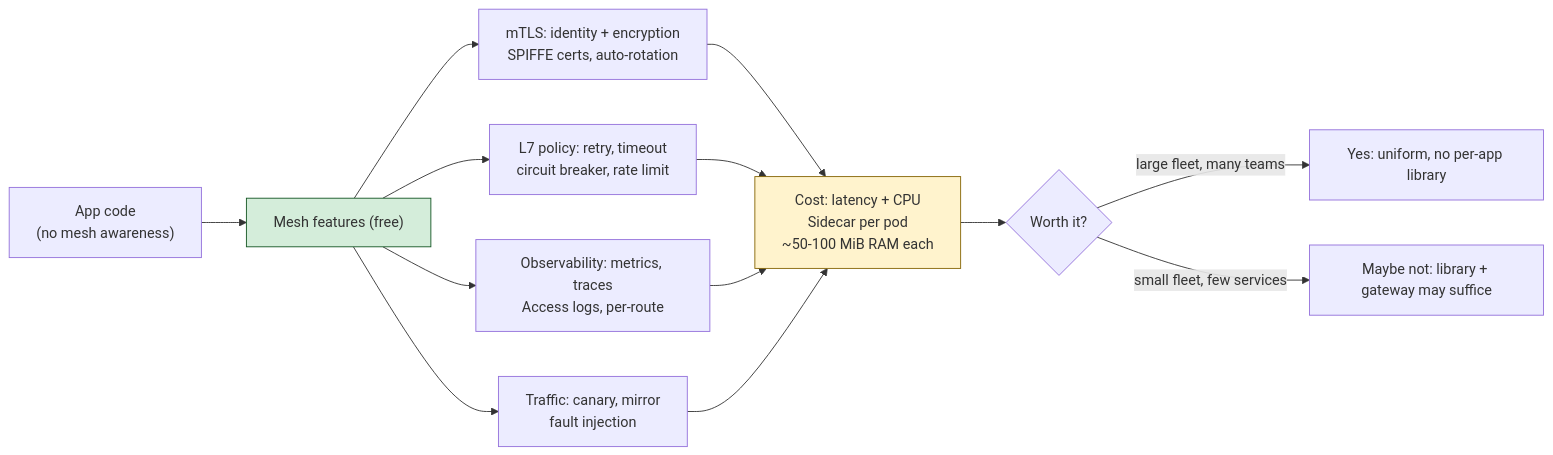
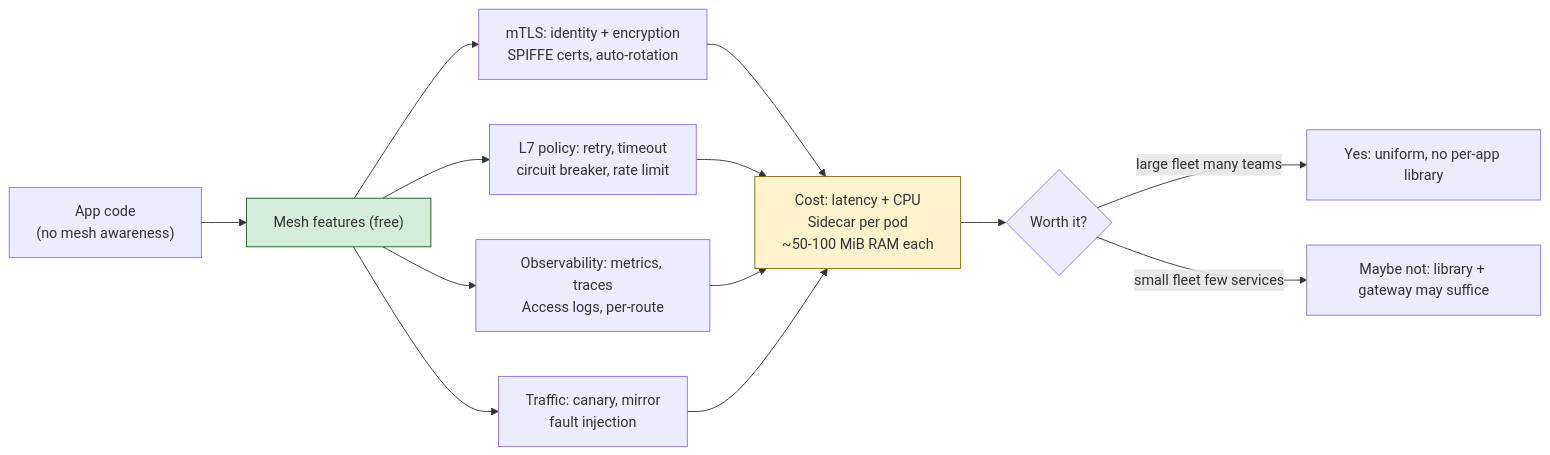
Before and after one commit to bumbsclaw/textbooks: the fifth of 7 diagrams in vol-03-networking/ch10-proxies-mesh-cdn.md, drawn with Mermaid. The commit also changed other lines of this file and 173 other files, not shown here.

First line of the commit message:
fix(mermaid): close note brackets, semicolons in Notes, stateDiagram br -> dash, edge parens

````diff
--- a/vol-03-networking/ch10-proxies-mesh-cdn.md
+++ b/vol-03-networking/ch10-proxies-mesh-cdn.md
@@ -741,17 +741,17 @@
 ```mermaid
 flowchart LR
     App["App code<br/>(no mesh awareness)"] --> Features["Mesh features (free)"]
     Features --> F1["mTLS: identity + encryption<br/>SPIFFE certs, auto-rotation"]
     Features --> F2["L7 policy: retry, timeout<br/>circuit breaker, rate limit"]
     Features --> F3["Observability: metrics, traces<br/>Access logs, per-route"]
     Features --> F4["Traffic: canary, mirror<br/>fault injection"]
     F1 --> Cost["Cost: latency + CPU<br/>Sidecar per pod<br/>~50-100 MiB RAM each"]
     F2 --> Cost
     F3 --> Cost
     F4 --> Cost
     Cost --> Choice{"Worth it?"}
-    Choice -->|"large fleet, many teams"| Yes["Yes: uniform, no per-app library"]
-    Choice -->|"small fleet, few services"| No["Maybe not: library + gateway may suffice"]
+    Choice -->|"large fleet many teams"| Yes["Yes: uniform, no per-app library"]
+    Choice -->|"small fleet few services"| No["Maybe not: library + gateway may suffice"]
     style Features fill:#d4edda,stroke:#155724
     style Cost fill:#fff3cd,stroke:#856404
 ```
````
